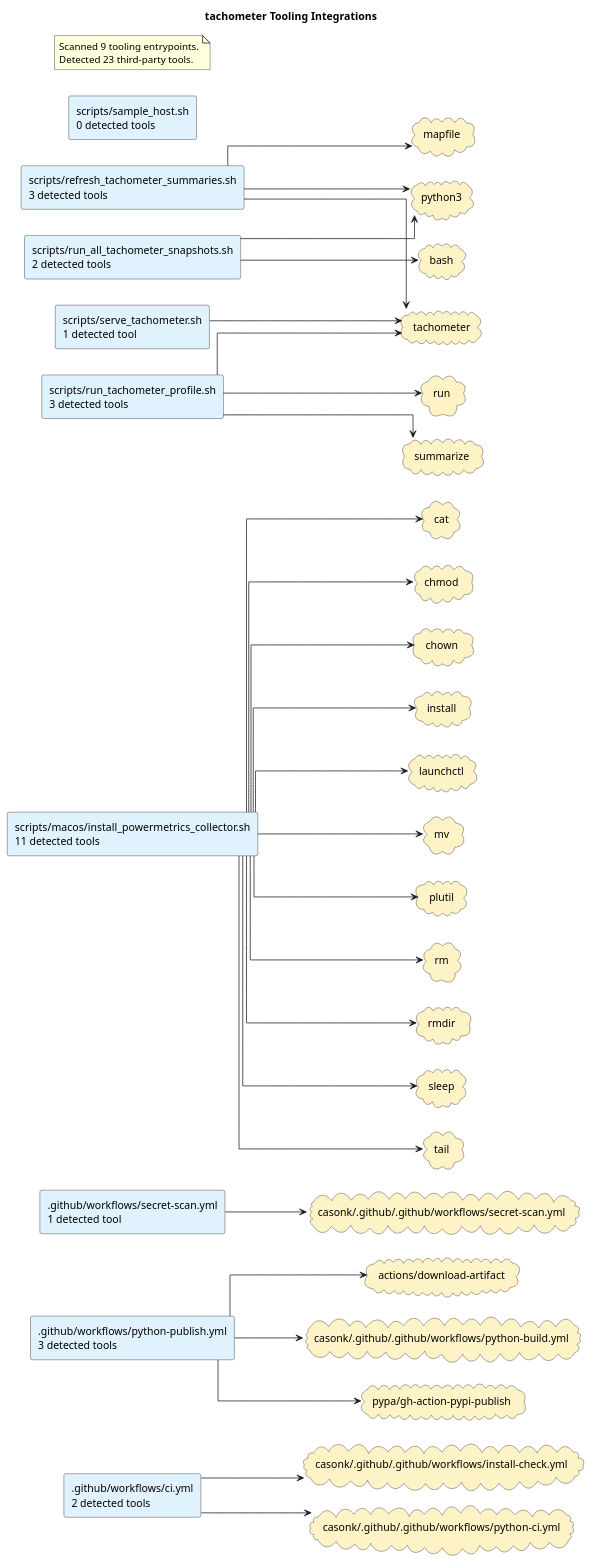
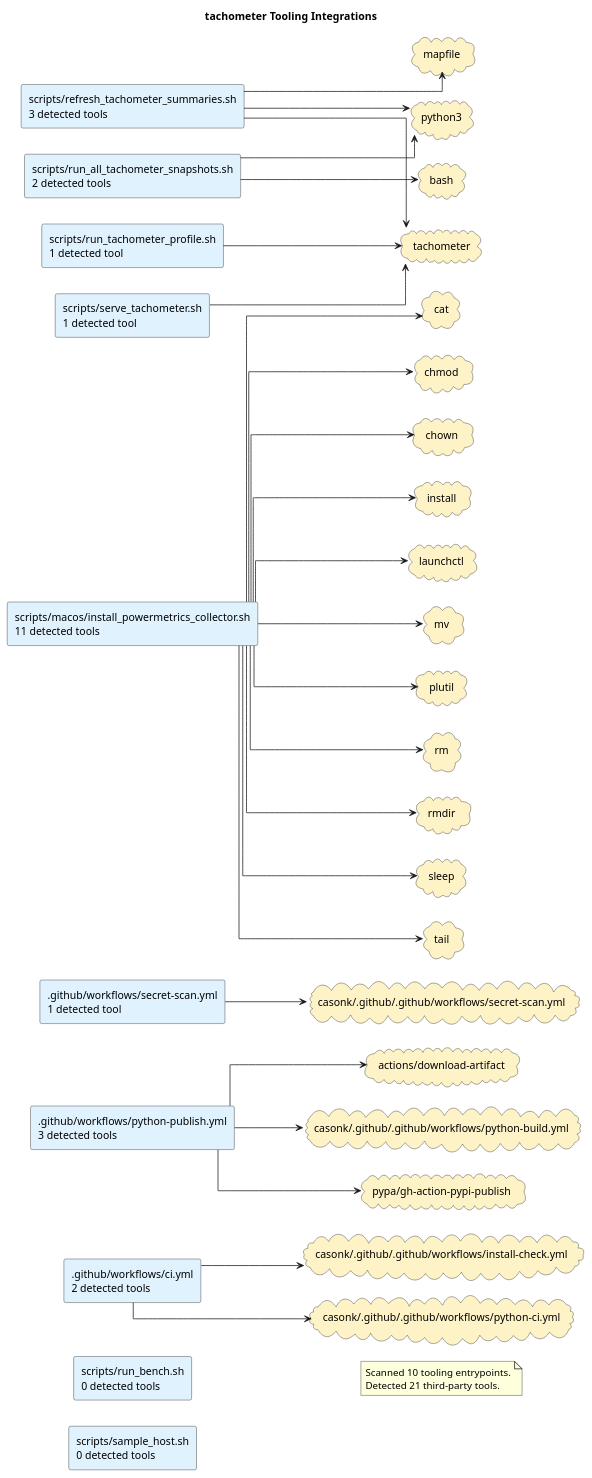
Before and after one commit to casonk/tachometer: the diagram in docs/diagrams/tooling-integrations.puml, drawn with PlantUML. The commit also changed 12 other files, not shown here.

Commit message:
docs: refresh generated architecture diagrams

```diff
--- a/docs/diagrams/tooling-integrations.puml
+++ b/docs/diagrams/tooling-integrations.puml
@@ -1,70 +1,67 @@
 @startuml
 title tachometer Tooling Integrations
 left to right direction
 skinparam shadowing false
 skinparam defaultFontName Monospace
 skinparam componentStyle rectangle
 skinparam linetype ortho
 rectangle ".github/workflows/ci.yml\n2 detected tools" as source_github_workflows_ci_yml #E0F2FE
 rectangle ".github/workflows/python-publish.yml\n3 detected tools" as source_github_workflows_python_publish_yml #E0F2FE
 rectangle ".github/workflows/secret-scan.yml\n1 detected tool" as source_github_workflows_secret_scan_yml #E0F2FE
 rectangle "scripts/macos/install_powermetrics_collector.sh\n11 detected tools" as source_scripts_macos_install_powermetrics_collector_sh #E0F2FE
 rectangle "scripts/refresh_tachometer_summaries.sh\n3 detected tools" as source_scripts_refresh_tachometer_summaries_sh #E0F2FE
 rectangle "scripts/run_all_tachometer_snapshots.sh\n2 detected tools" as source_scripts_run_all_tachometer_snapshots_sh #E0F2FE
-rectangle "scripts/run_tachometer_profile.sh\n3 detected tools" as source_scripts_run_tachometer_profile_sh #E0F2FE
+rectangle "scripts/run_bench.sh\n0 detected tools" as source_scripts_run_bench_sh #E0F2FE
+rectangle "scripts/run_tachometer_profile.sh\n1 detected tool" as source_scripts_run_tachometer_profile_sh #E0F2FE
 rectangle "scripts/sample_host.sh\n0 detected tools" as source_scripts_sample_host_sh #E0F2FE
 rectangle "scripts/serve_tachometer.sh\n1 detected tool" as source_scripts_serve_tachometer_sh #E0F2FE
 cloud "actions/download-artifact" as tool_actions_download_artifact #FEF3C7
 cloud "bash" as tool_bash #FEF3C7
 cloud "casonk/.github/.github/workflows/install-check.yml" as tool_casonk_github_github_workflows_install_check_yml #FEF3C7
 cloud "casonk/.github/.github/workflows/python-build.yml" as tool_casonk_github_github_workflows_python_build_yml #FEF3C7
 cloud "casonk/.github/.github/workflows/python-ci.yml" as tool_casonk_github_github_workflows_python_ci_yml #FEF3C7
 cloud "casonk/.github/.github/workflows/secret-scan.yml" as tool_casonk_github_github_workflows_secret_scan_yml #FEF3C7
 cloud "cat" as tool_cat #FEF3C7
 cloud "chmod" as tool_chmod #FEF3C7
 cloud "chown" as tool_chown #FEF3C7
 cloud "install" as tool_install #FEF3C7
 cloud "launchctl" as tool_launchctl #FEF3C7
 cloud "mapfile" as tool_mapfile #FEF3C7
 cloud "mv" as tool_mv #FEF3C7
 cloud "plutil" as tool_plutil #FEF3C7
 cloud "pypa/gh-action-pypi-publish" as tool_pypa_gh_action_pypi_publish #FEF3C7
 cloud "python3" as tool_python3 #FEF3C7
 cloud "rm" as tool_rm #FEF3C7
 cloud "rmdir" as tool_rmdir #FEF3C7
-cloud "run" as tool_run #FEF3C7
 cloud "sleep" as tool_sleep #FEF3C7
-cloud "summarize" as tool_summarize #FEF3C7
 cloud "tachometer" as tool_tachometer #FEF3C7
 cloud "tail" as tool_tail #FEF3C7
 source_github_workflows_ci_yml --> tool_casonk_github_github_workflows_install_check_yml
 source_github_workflows_ci_yml --> tool_casonk_github_github_workflows_python_ci_yml
 source_github_workflows_python_publish_yml --> tool_actions_download_artifact
 source_github_workflows_python_publish_yml --> tool_casonk_github_github_workflows_python_build_yml
 source_github_workflows_python_publish_yml --> tool_pypa_gh_action_pypi_publish
 source_github_workflows_secret_scan_yml --> tool_casonk_github_github_workflows_secret_scan_yml
 source_scripts_macos_install_powermetrics_collector_sh --> tool_cat
 source_scripts_macos_install_powermetrics_collector_sh --> tool_chmod
 source_scripts_macos_install_powermetrics_collector_sh --> tool_chown
 source_scripts_macos_install_powermetrics_collector_sh --> tool_install
 source_scripts_macos_install_powermetrics_collector_sh --> tool_launchctl
 source_scripts_macos_install_powermetrics_collector_sh --> tool_mv
 source_scripts_macos_install_powermetrics_collector_sh --> tool_plutil
 source_scripts_macos_install_powermetrics_collector_sh --> tool_rm
 source_scripts_macos_install_powermetrics_collector_sh --> tool_rmdir
 source_scripts_macos_install_powermetrics_collector_sh --> tool_sleep
 source_scripts_macos_install_powermetrics_collector_sh --> tool_tail
 source_scripts_refresh_tachometer_summaries_sh --> tool_mapfile
 source_scripts_refresh_tachometer_summaries_sh --> tool_python3
 source_scripts_refresh_tachometer_summaries_sh --> tool_tachometer
 source_scripts_run_all_tachometer_snapshots_sh --> tool_bash
 source_scripts_run_all_tachometer_snapshots_sh --> tool_python3
-source_scripts_run_tachometer_profile_sh --> tool_run
-source_scripts_run_tachometer_profile_sh --> tool_summarize
 source_scripts_run_tachometer_profile_sh --> tool_tachometer
 source_scripts_serve_tachometer_sh --> tool_tachometer
 note as toolingGraphSummary
-Scanned 9 tooling entrypoints.
-Detected 23 third-party tools.
+Scanned 10 tooling entrypoints.
+Detected 21 third-party tools.
 end note
 @enduml
```
